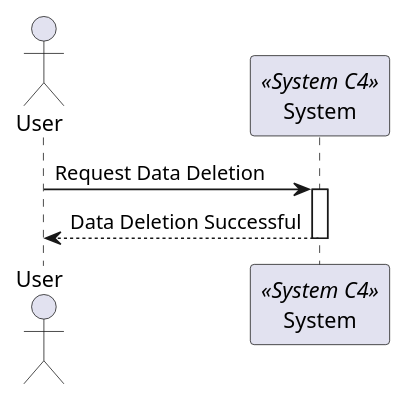
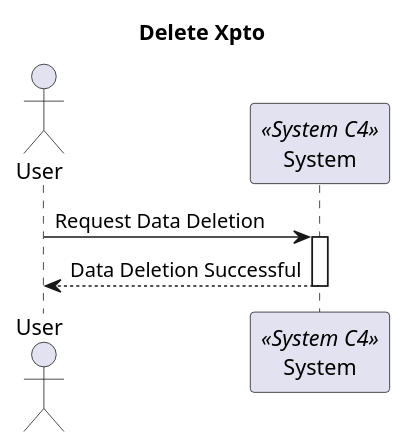
The diagram in docs/sprint_1/global_artifacts/arquitecture/level_1/process_views/l1_process_view_delete.puml (BernasDzn/portit), drawn with PlantUML before and after one commit. The commit also changed 27 other files, not shown here.

```diff
--- a/docs/sprint_1/global_artifacts/arquitecture/level_1/process_views/l1_process_view_delete.puml
+++ b/docs/sprint_1/global_artifacts/arquitecture/level_1/process_views/l1_process_view_delete.puml
@@ -1,10 +1,12 @@
 @startuml processview_n1
 Actor "User" as user
 Participant "System" as System <<System C4>>
+
+title Delete Xpto
 
 user -> System: Request Data Deletion
 
 activate System
     user <-- System: Data Deletion Successful
 deactivate System
 @enduml
```
